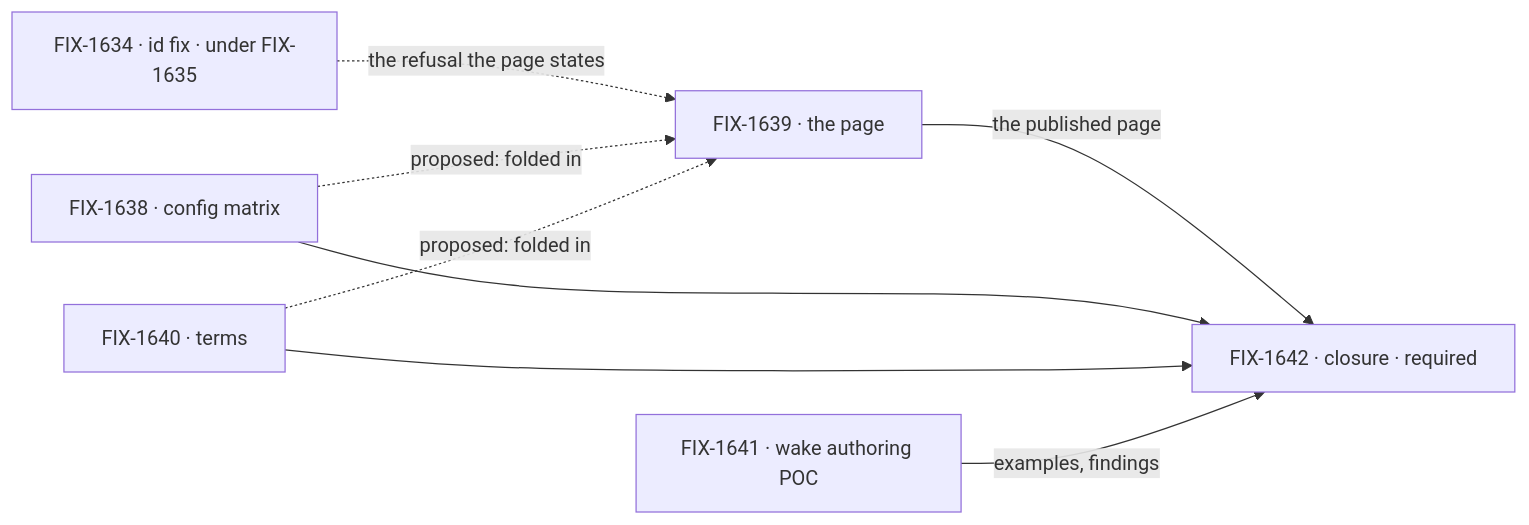
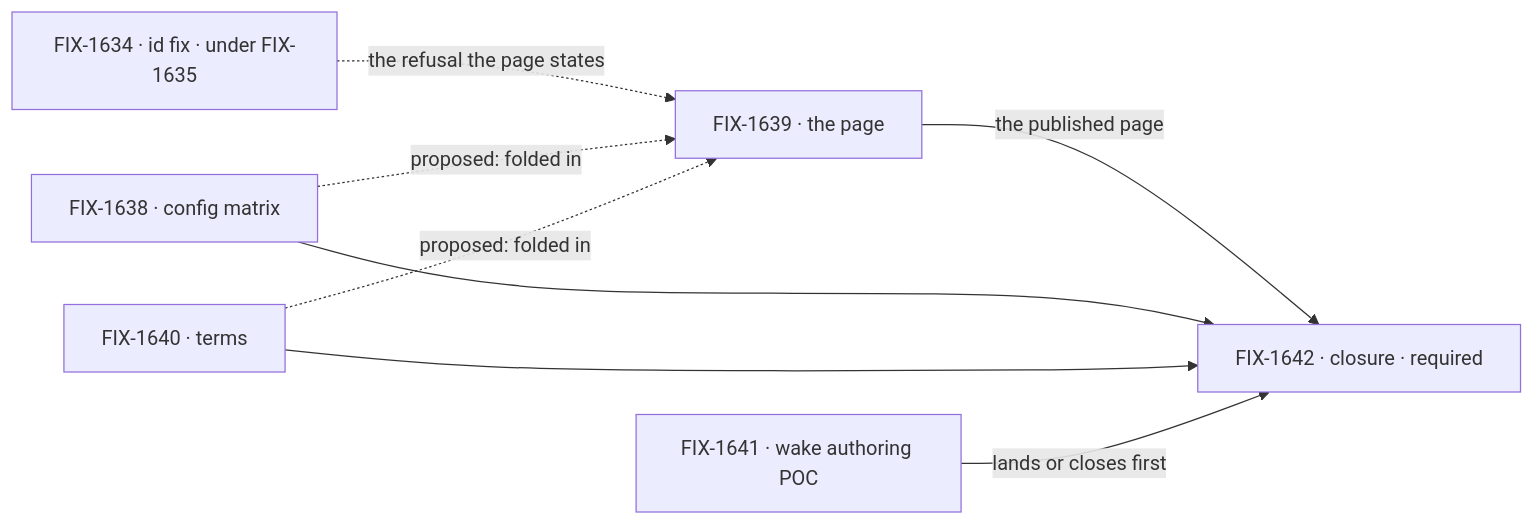
One commit to fixpoint-labs/flow-state-dev changed the second of 2 diagrams in specs/epics/FIX-1637/SPEC.md. Above: the diagram before and after it, drawn with Mermaid. The commit also changed other lines of this file and 7 other files, not shown here.

````diff
--- a/specs/epics/FIX-1637/SPEC.md
+++ b/specs/epics/FIX-1637/SPEC.md
@@ -97,10 +97,10 @@
 ```mermaid
 flowchart LR
   I["FIX-1634 · id fix · under FIX-1635"] -.->|"the refusal the page states"| P["FIX-1639 · the page"]
   M["FIX-1638 · config matrix"] -.->|"proposed: folded in"| P
   G["FIX-1640 · terms"] -.->|"proposed: folded in"| P
   P -->|"the published page"| Z["FIX-1642 · closure · required"]
   M --> Z
   G --> Z
-  E["FIX-1641 · wake authoring POC"] -->|"examples, findings"| Z
+  E["FIX-1641 · wake authoring POC"] -->|"lands or closes first"| Z
 ```
````
